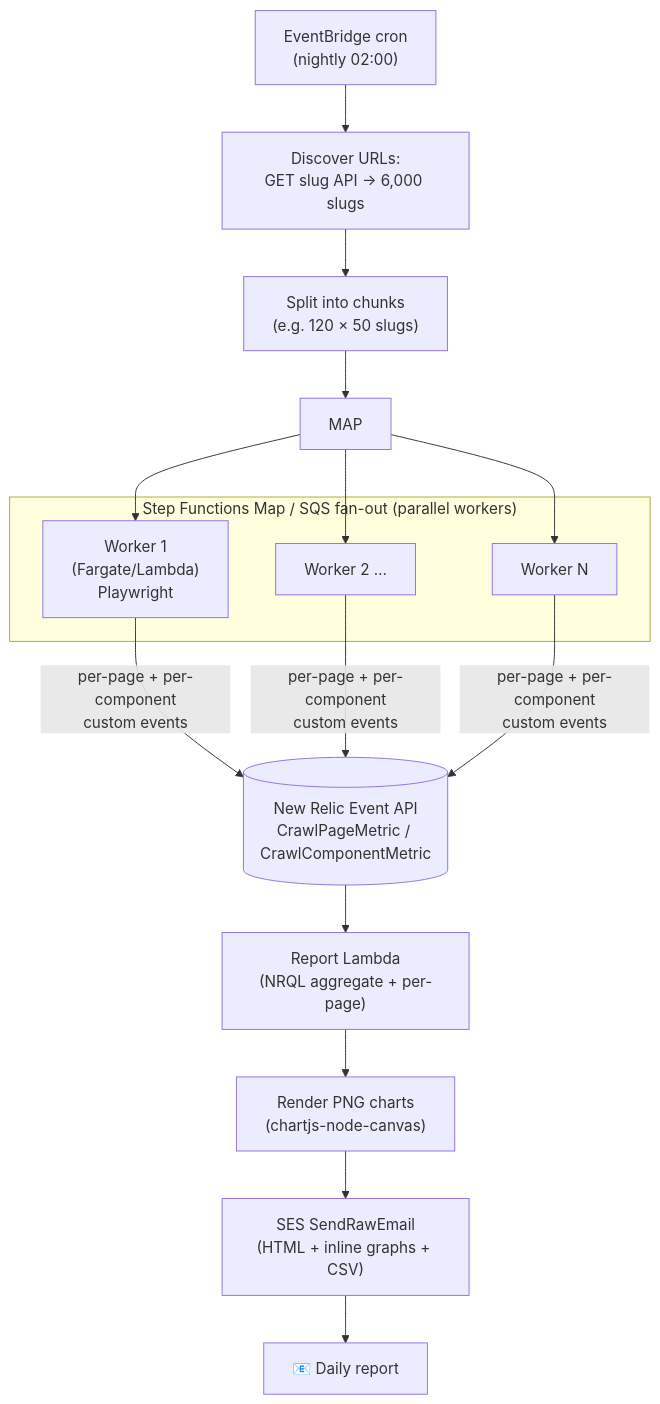
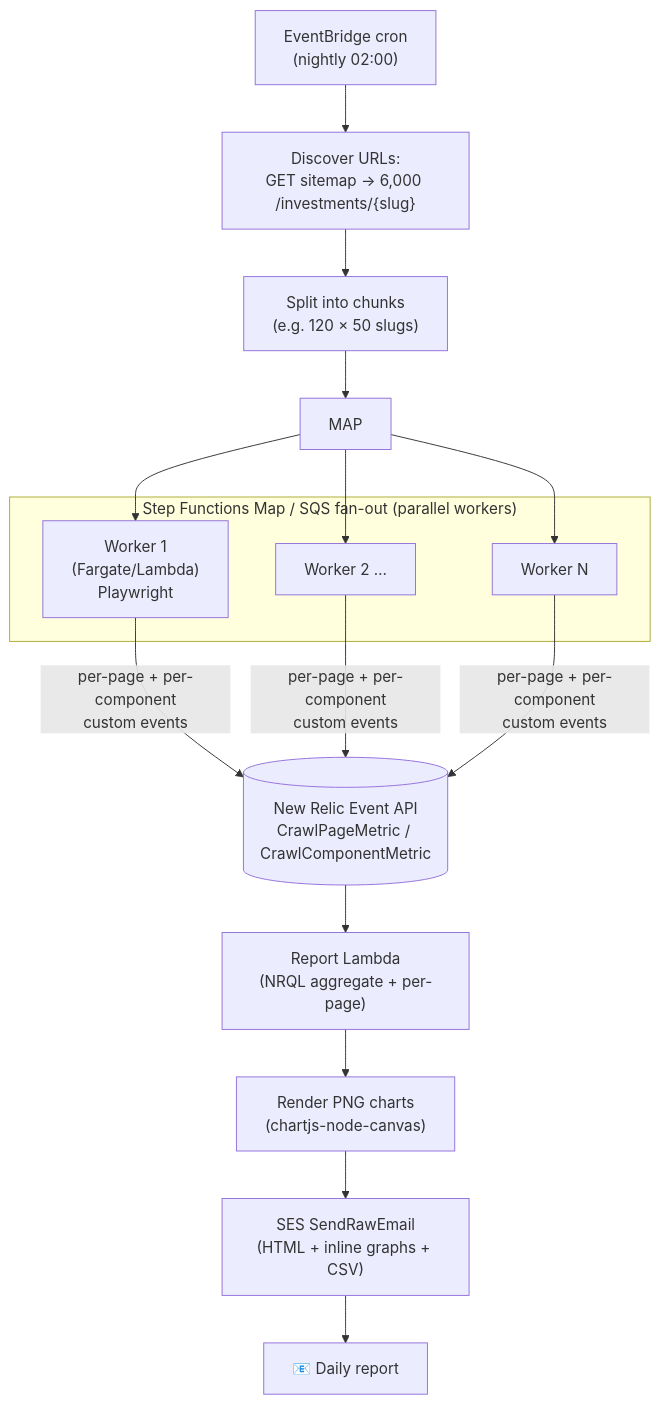
The first of 2 diagrams in DATA-COLLECTION-PROCESS.md (shreyashdubey/archi), drawn with Mermaid before and after one commit. The commit also changed other lines of this file and 21 other files, not shown here.

````diff
--- a/DATA-COLLECTION-PROCESS.md
+++ b/DATA-COLLECTION-PROCESS.md
@@ -31,17 +31,17 @@
 ```mermaid
 flowchart TB
     CRON["EventBridge cron<br/>(nightly 02:00)"] --> DISC
-    DISC["Discover URLs:<br/>GET slug API → 6,000 slugs"] --> SPLIT
+    DISC["Discover URLs:<br/>GET sitemap → 6,000 /investments/{slug}"] --> SPLIT
     SPLIT["Split into chunks<br/>(e.g. 120 × 50 slugs)"] --> MAP
     subgraph FANOUT["Step Functions Map / SQS fan-out (parallel workers)"]
       W1["Worker 1<br/>(Fargate/Lambda)<br/>Playwright"]
       W2["Worker 2 …"]
       Wn["Worker N"]
     end
     MAP --> W1 & W2 & Wn
     W1 & W2 & Wn -- "per-page + per-component<br/>custom events" --> NR[("New Relic Event API<br/>CrawlPageMetric / CrawlComponentMetric")]
     NR --> RPT["Report Lambda<br/>(NRQL aggregate + per-page)"]
     RPT --> CHART["Render PNG charts<br/>(chartjs-node-canvas)"]
     CHART --> SES["SES SendRawEmail<br/>(HTML + inline graphs + CSV)"]
     SES --> INBOX["📧 Daily report"]
 ```
````
